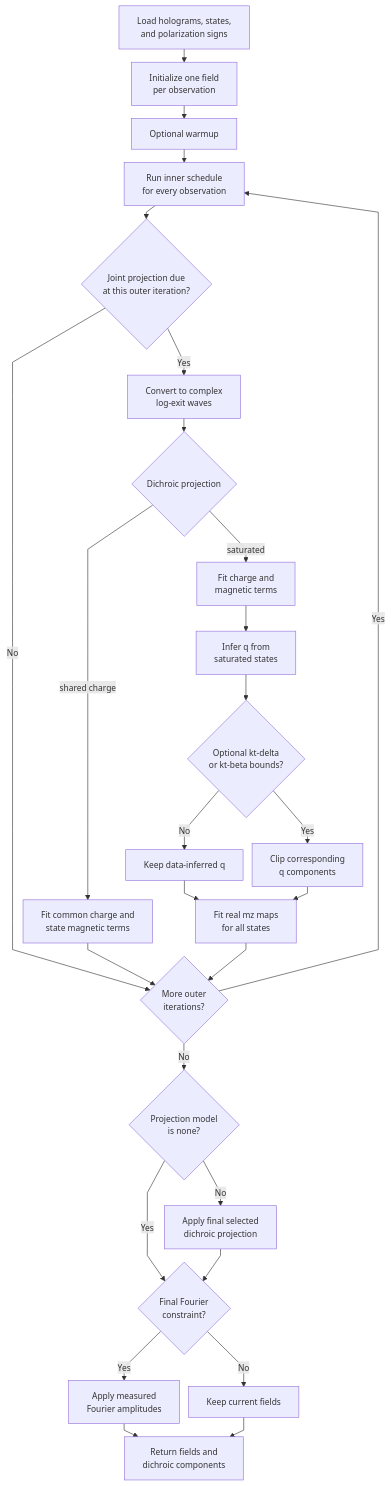
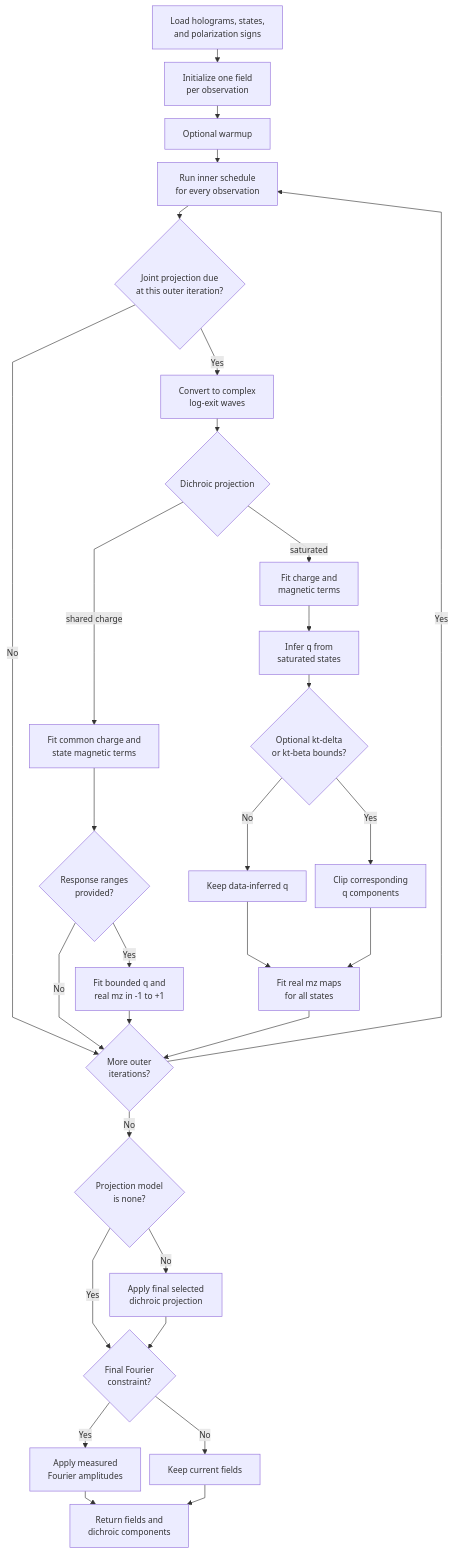
Before and after one commit to riccbatt/FTH-Phase-Retrieval-2609-SOLEIL-SEXTANTS: the sixth of 7 diagrams in docs/phase_retrieval_libraries.md, drawn with Mermaid. The commit also changed other lines of this file and 8 other files, not shown here.

````diff
--- a/docs/phase_retrieval_libraries.md
+++ b/docs/phase_retrieval_libraries.md
@@ -995,30 +996,33 @@
 ```mermaid
 %%{init: {"flowchart": {"nodeSpacing": 15, "rankSpacing": 22, "curve": "linear"}, "themeVariables": {"fontSize": "14px"}}}%%
 flowchart TD
     A[Load holograms, states,<br/>and polarization signs] --> B[Initialize one field<br/>per observation]
     B --> C[Optional warmup]
     C --> D[Run inner schedule<br/>for every observation]
     D --> E{Joint projection due<br/>at this outer iteration?}
     E -- No --> O{More outer<br/>iterations?}
     E -- Yes --> F[Convert to complex<br/>log-exit waves]
     F --> G{Dichroic projection}
     G -- shared charge --> I[Fit common charge and<br/>state magnetic terms]
+    I --> W{Response ranges<br/>provided?}
+    W -- Yes --> X[Fit bounded q and<br/>real mz in -1 to +1]
+    W -- No --> O
+    X --> O
     G -- saturated --> J[Fit charge and<br/>magnetic terms]
     J --> K[Infer q from<br/>saturated states]
     K --> L{Optional kt-delta<br/>or kt-beta bounds?}
     L -- No --> M[Keep data-inferred q]
     L -- Yes --> N[Clip corresponding<br/>q components]
     M --> P[Fit real mz maps<br/>for all states]
     N --> P
-    I --> O
     P --> O
     O -- Yes --> D
     O -- No --> Q{Projection model<br/>is none?}
     Q -- No --> R[Apply final selected<br/>dichroic projection]
     Q -- Yes --> S{Final Fourier<br/>constraint?}
     R --> S
     S -- Yes --> T[Apply measured<br/>Fourier amplitudes]
     S -- No --> U[Keep current fields]
     T --> V[Return fields and<br/>dichroic components]
     U --> V
 ```
````
